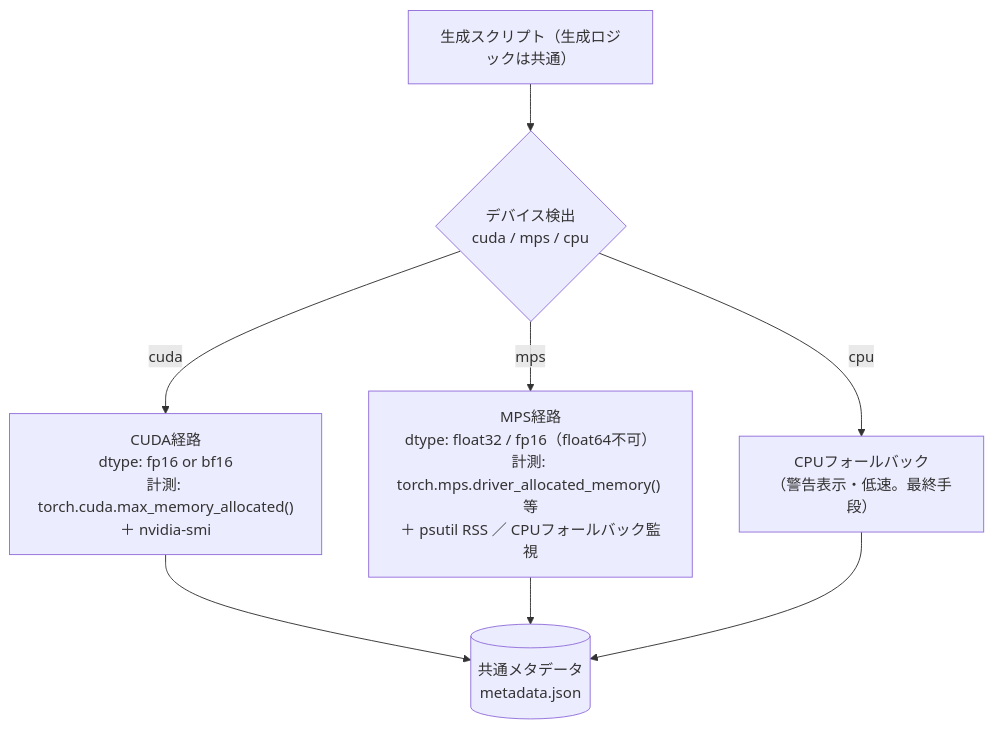
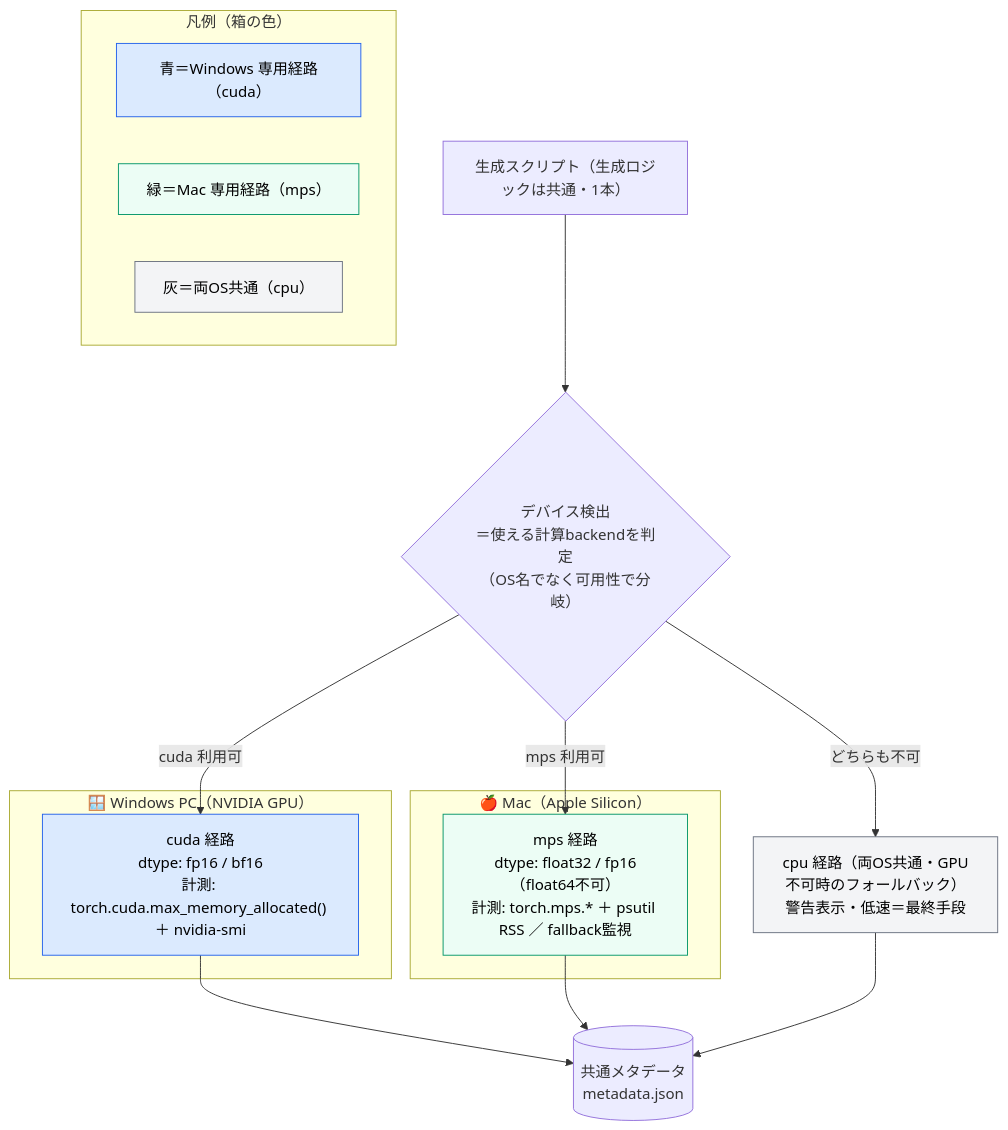
The second of 5 diagrams in docs/phases/phase0/README.md (mgmaru/foley-forge-prototype), drawn with Mermaid before and after one commit. The commit also changed other lines of this file, not shown here.

````diff
--- a/docs/phases/phase0/README.md
+++ b/docs/phases/phase0/README.md
@@ -65,10 +76,30 @@
 ```mermaid
 flowchart TD
-    START["生成スクリプト（生成ロジックは共通）"] --> DET{"デバイス検出<br/>cuda / mps / cpu"}
-    DET -- cuda --> CUDA["CUDA経路<br/>dtype: fp16 or bf16<br/>計測: torch.cuda.max_memory_allocated()<br/>＋ nvidia-smi"]
-    DET -- mps --> MPS["MPS経路<br/>dtype: float32 / fp16（float64不可）<br/>計測: torch.mps.driver_allocated_memory() 等<br/>＋ psutil RSS ／ CPUフォールバック監視"]
-    DET -- cpu --> CPU["CPUフォールバック<br/>（警告表示・低速。最終手段）"]
+    START["生成スクリプト（生成ロジックは共通・1本）"] --> DET{"デバイス検出<br/>＝使える計算backendを判定<br/>（OS名でなく可用性で分岐）"}
+
+    subgraph WIN["🪟 Windows PC（NVIDIA GPU）"]
+        CUDA["cuda 経路<br/>dtype: fp16 / bf16<br/>計測: torch.cuda.max_memory_allocated() ＋ nvidia-smi"]:::win
+    end
+    subgraph MAC["🍎 Mac（Apple Silicon）"]
+        MPS["mps 経路<br/>dtype: float32 / fp16（float64不可）<br/>計測: torch.mps.* ＋ psutil RSS ／ fallback監視"]:::mac
+    end
+    CPU["cpu 経路（両OS共通・GPU不可時のフォールバック）<br/>警告表示・低速＝最終手段"]:::both
+
+    DET -- "cuda 利用可" --> CUDA
+    DET -- "mps 利用可" --> MPS
+    DET -- "どちらも不可" --> CPU
     CUDA --> LOG[("共通メタデータ<br/>metadata.json")]
     MPS --> LOG
     CPU --> LOG
+
+    subgraph Legend["凡例（箱の色）"]
+        direction LR
+        LW["青＝Windows 専用経路（cuda）"]:::win
+        LM["緑＝Mac 専用経路（mps）"]:::mac
+        LB["灰＝両OS共通（cpu）"]:::both
+    end
+
+    classDef win fill:#dbeafe,stroke:#2563eb,color:#000
+    classDef mac fill:#ecfdf5,stroke:#059669,color:#000
+    classDef both fill:#f3f4f6,stroke:#6b7280,color:#000
 ```
````
